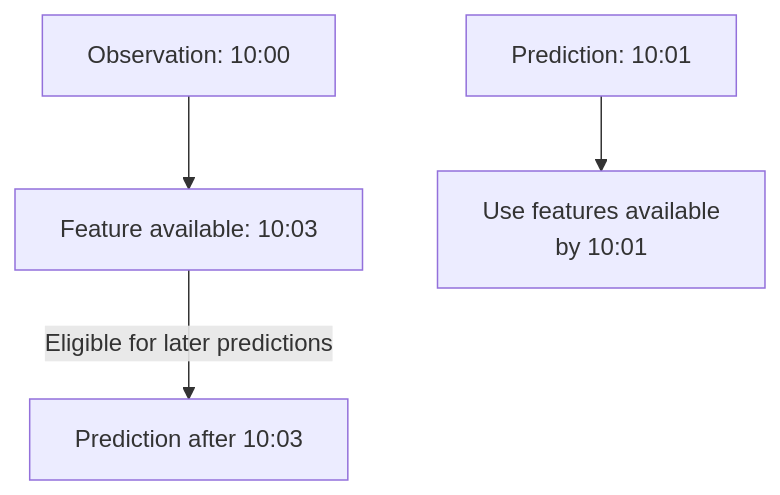
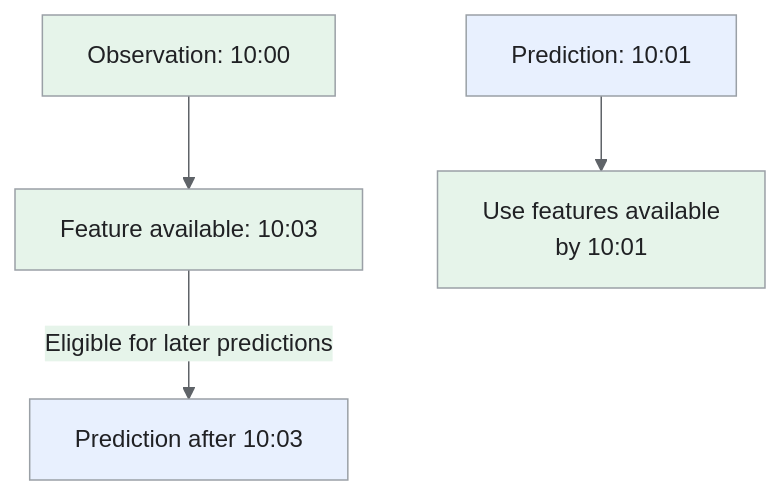
The fourth of 4 diagrams in _designs/ml-system-design-eta-arrival-time-prediction.md (iliazlobin/iliazlobin.github.io), drawn with Mermaid before and after one commit. The commit also changed other lines of this file and 25 other files, not shown here.

Commit message:
docs: explain Batch B design flows and tradeoffs

````diff
--- a/_designs/ml-system-design-eta-arrival-time-prediction.md
+++ b/_designs/ml-system-design-eta-arrival-time-prediction.md
@@ -241,6 +300,13 @@
 ```mermaid
+%%{init: {'theme':'base','themeVariables':{'primaryColor':'#e8f0fe','primaryTextColor':'#202124','primaryBorderColor':'#9aa0a6','lineColor':'#5f6368','secondaryColor':'#e6f4ea','tertiaryColor':'#fef7e0','actorBkg':'#e8f0fe','actorBorder':'#9aa0a6','actorTextColor':'#202124','noteBkgColor':'#fef7e0','noteTextColor':'#202124','noteBorderColor':'#9aa0a6','signalColor':'#5f6368','signalTextColor':'#202124','labelBoxBkgColor':'#fef7e0','labelBoxBorderColor':'#9aa0a6'}}}%%
 flowchart TB
   O["Observation: 10:00"] --> A["Feature available: 10:03"]
   P["Prediction: 10:01"] --> SNAP["Use features available<br/>by 10:01"]
   A -->|"Eligible for later predictions"| L["Prediction after 10:03"]
+classDef request fill:#e8f0fe,stroke:#9aa0a6,color:#202124;
+classDef data fill:#e6f4ea,stroke:#9aa0a6,color:#202124;
+classDef control fill:#fef7e0,stroke:#9aa0a6,color:#202124;
+class P,L request;
+class O,A,SNAP data;
+
 ```
````
